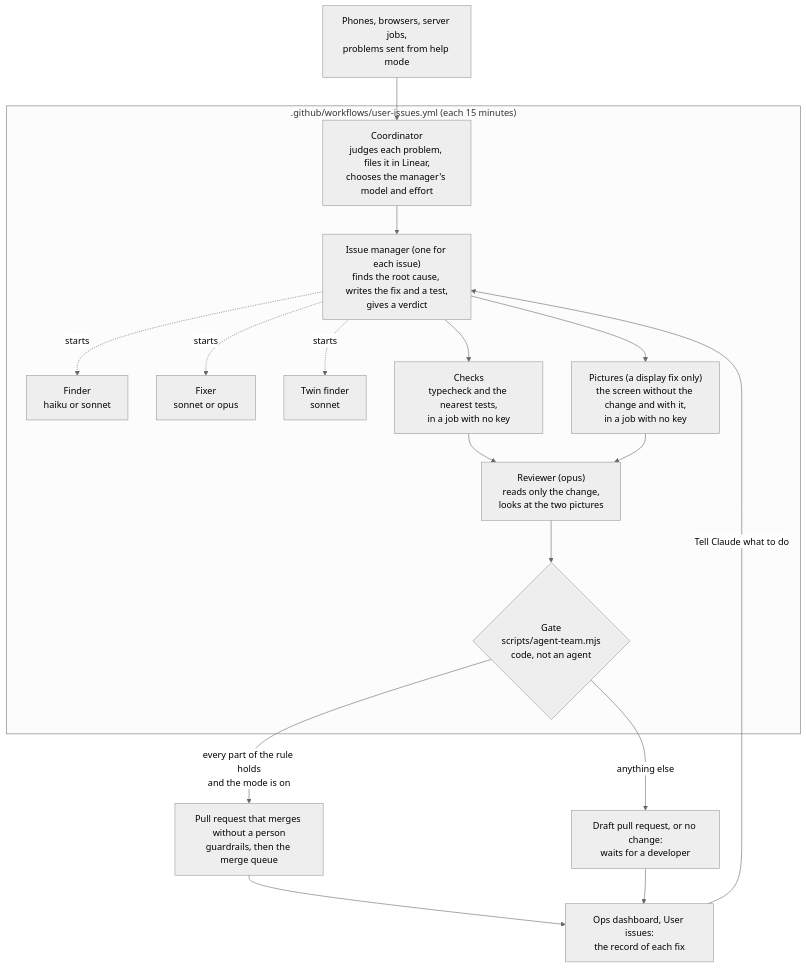
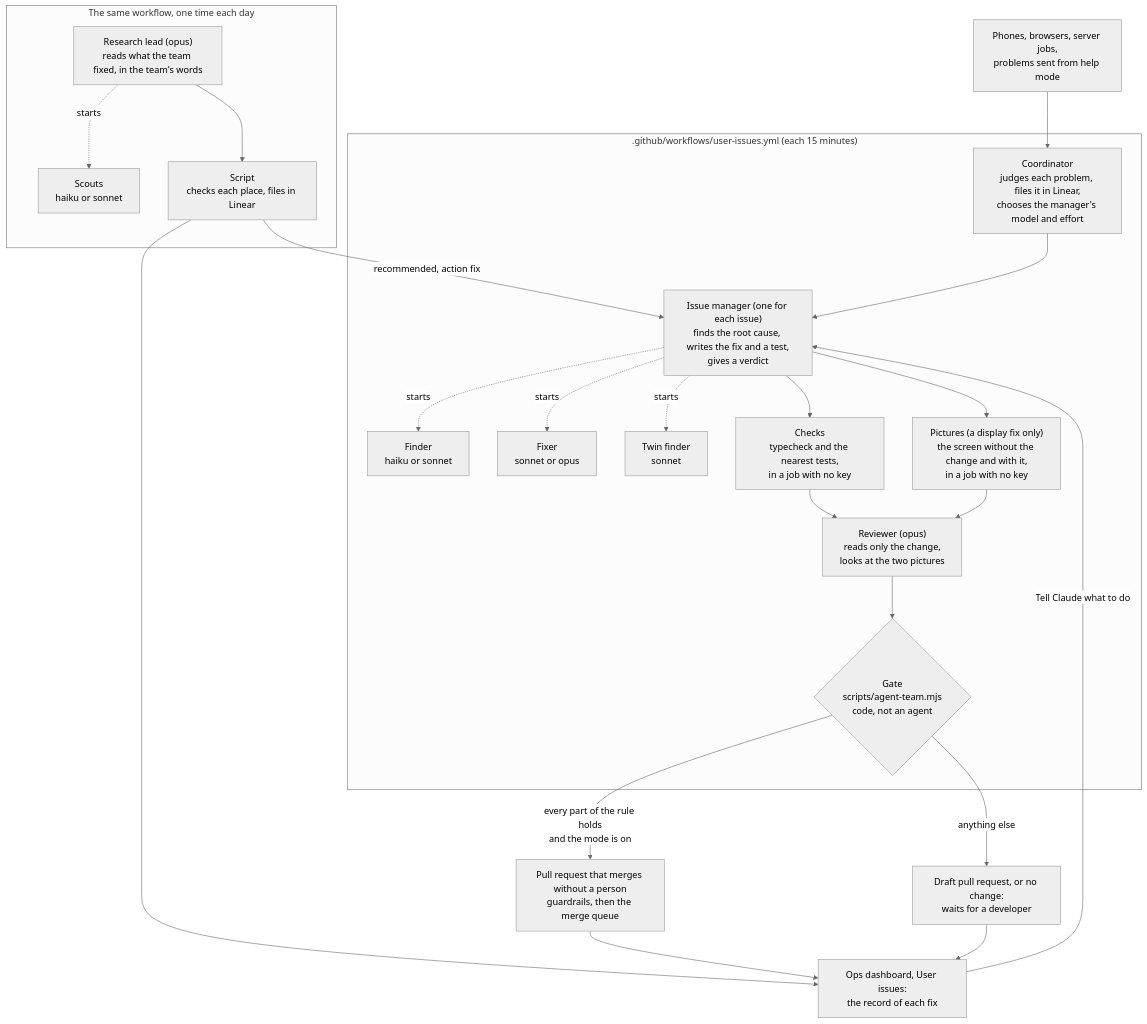
One commit to genesis-ai-dev/langquest-next changed the diagram in docs/agent-team.md. Above: the diagram before and after it, drawn with Mermaid (neutral theme). The commit also changed other lines of this file and 18 other files, not shown here.

First line of the commit message:
The agent team has a research team: each day it looks for the same mistake in other places

````diff
--- a/docs/agent-team.md
+++ b/docs/agent-team.md
@@ -9,21 +12,28 @@
 ```mermaid
 flowchart TD
   P[Phones, browsers, server jobs,<br/>problems sent from help mode] --> W
   subgraph run [".github/workflows/user-issues.yml (each 15 minutes)"]
     W["Coordinator<br/>judges each problem, files it in Linear,<br/>chooses the manager's model and effort"]
     W --> M["Issue manager (one for each issue)<br/>finds the root cause, writes the fix and a test,<br/>gives a verdict"]
     M -.starts.-> F["Finder<br/>haiku or sonnet"]
     M -.starts.-> X["Fixer<br/>sonnet or opus"]
     M -.starts.-> T["Twin finder<br/>sonnet"]
     M --> C["Checks<br/>typecheck and the nearest tests,<br/>in a job with no key"]
     M --> S["Pictures (a display fix only)<br/>the screen without the change and with it,<br/>in a job with no key"]
     C --> R["Reviewer (opus)<br/>reads only the change,<br/>looks at the two pictures"]
     S --> R
     R --> G{"Gate<br/>scripts/agent-team.mjs<br/>code, not an agent"}
   end
   G -->|every part of the rule holds<br/>and the mode is on| A["Pull request that merges without a person<br/>guardrails, then the merge queue"]
   G -->|anything else| D["Draft pull request, or no change:<br/>waits for a developer"]
   A --> O["Ops dashboard, User issues:<br/>the record of each fix"]
   D --> O
   O -->|"Tell Claude what to do"| M
+  subgraph day ["The same workflow, one time each day"]
+    L["Research lead (opus)<br/>reads what the team fixed, in the team's words"]
+    L -.starts.-> SC["Scouts<br/>haiku or sonnet"]
+    L --> RC["Script<br/>checks each place, files in Linear"]
+  end
+  RC --> O
+  RC -->|"recommended, action fix"| M
 ```
````
